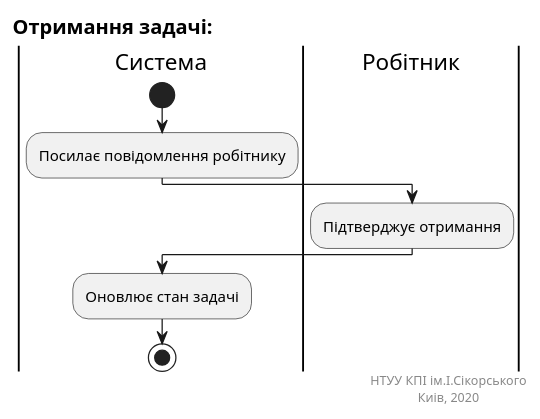
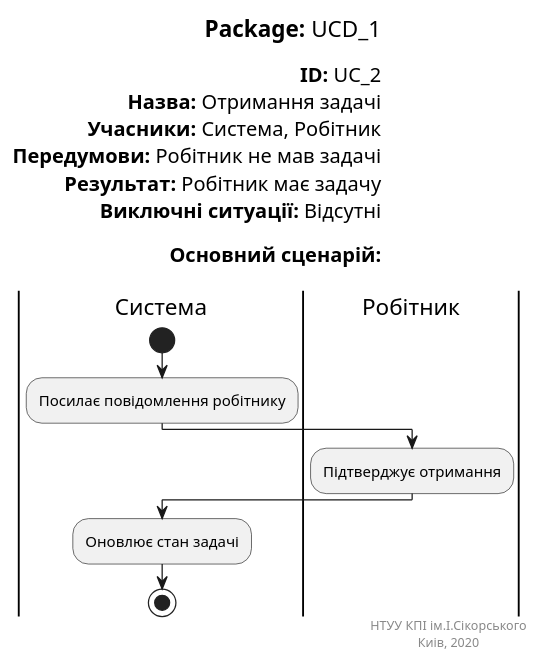
The diagram in docs/puml/getTask.puml (Jirobus/Core), drawn with PlantUML before and after one commit.

```diff
--- a/docs/puml/getTask.puml
+++ b/docs/puml/getTask.puml
@@ -1,22 +1,31 @@
-@startuml getTaskUC
+@startuml
+left header
+<font color=000 size=18><b>Package:</b> UCD_1
 
-left header
-<font size=16 color=black><b>Отримання задачі:</b> 
+<font color=000 size=16><b>ID:</b> UC_2
+<font color=000 size=16><b>Назва:</b> Отримання задачі
+<font color=000 size=16><b>Учасники:</b> Система, Робітник
+<font color=000 size=16><b>Передумови:</b> Робітник не мав задачі
+<font color=000 size=16><b>Результат:</b> Робітник має задачу
+<font color=000 size=16><b>Виключні ситуації:</b> Відсутні
+
+<font color=000 size=16><b>Основний сценарій:</b> 
+
 end header
 
 |Система|
 start
 :Посилає повідомлення робітнику;
 
 |Робітник|
 :Підтверджує отримання;
 
 |Система|
 :Оновлює стан задачі;
 stop
 
 right footer
 НТУУ КПІ ім.І.Сікорського
 Киів, 2020 
 end footer
 @enduml
```
